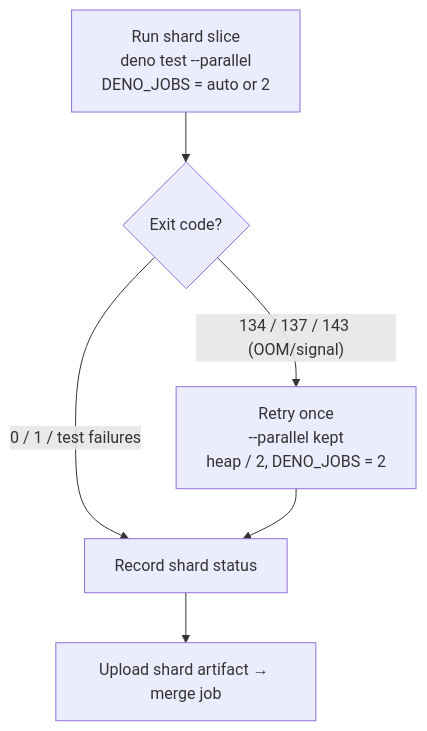
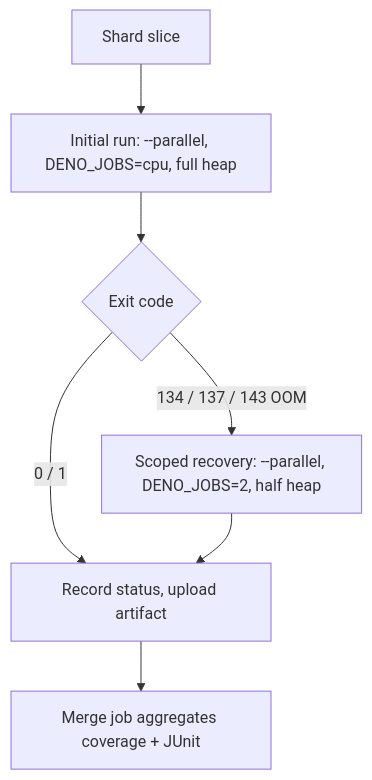
One commit to stSoftwareAU/NEAT-AI changed the diagram in docs/archive/pr-summaries/pr-summary-3174.md. Above: the diagram before and after it, drawn with Mermaid. The commit also changed other lines of this file, not shown here.

First line of the commit message:
Document coverage OOM recovery fix (Issue #3174)

````diff
--- a/docs/archive/pr-summaries/pr-summary-3174.md
+++ b/docs/archive/pr-summaries/pr-summary-3174.md
@@ -55,8 +58,9 @@
 ```mermaid
 flowchart TD
-    A[Run shard slice<br/>deno test --parallel<br/>DENO_JOBS = auto or 2] --> B{Exit code?}
-    B -- "0 / 1 / test failures" --> D[Record shard status]
-    B -- "134 / 137 / 143 (OOM/signal)" --> C[Retry once<br/>--parallel kept<br/>heap / 2, DENO_JOBS = 2]
-    C --> D
-    D --> E[Upload shard artifact → merge job]
+    A[Shard slice] --> B["Initial run: --parallel, DENO_JOBS=cpu, full heap"]
+    B --> C{Exit code}
+    C -->|0 / 1| E[Record status, upload artifact]
+    C -->|134 / 137 / 143 OOM| D["Scoped recovery: --parallel, DENO_JOBS=2, half heap"]
+    D --> E
+    E --> F[Merge job aggregates coverage + JUnit]
 ```
````
